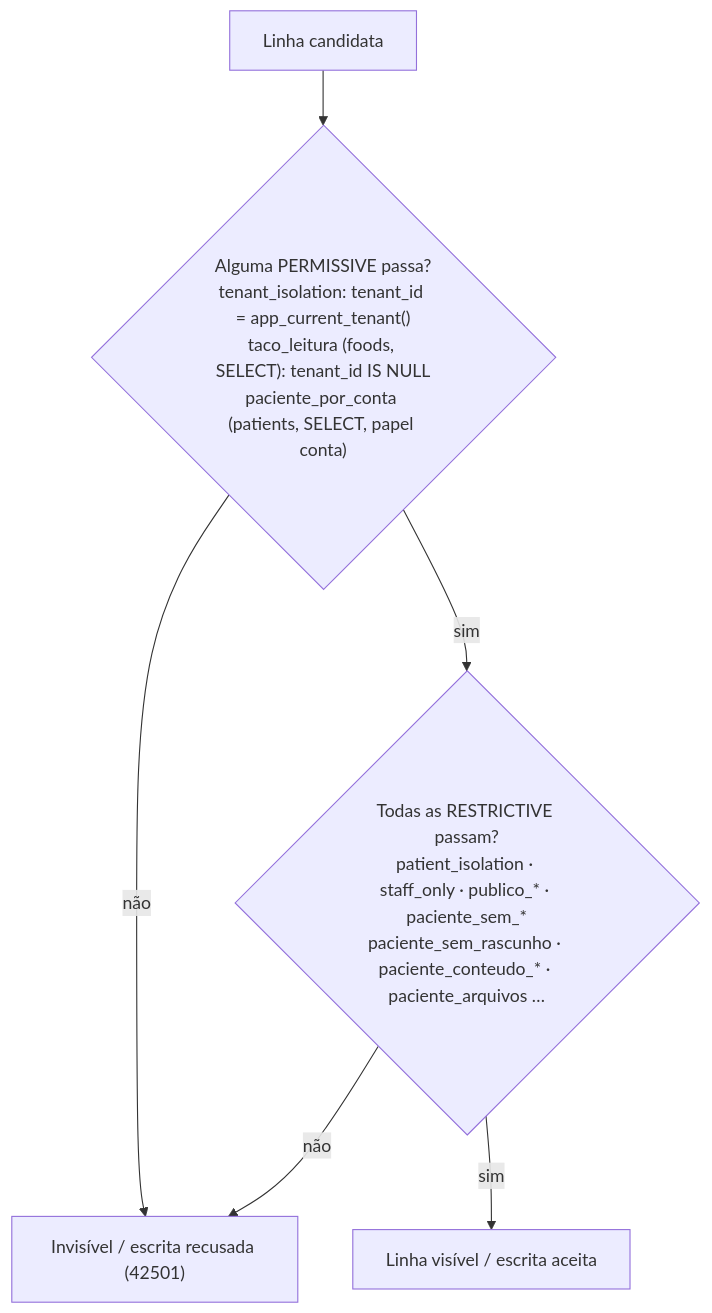
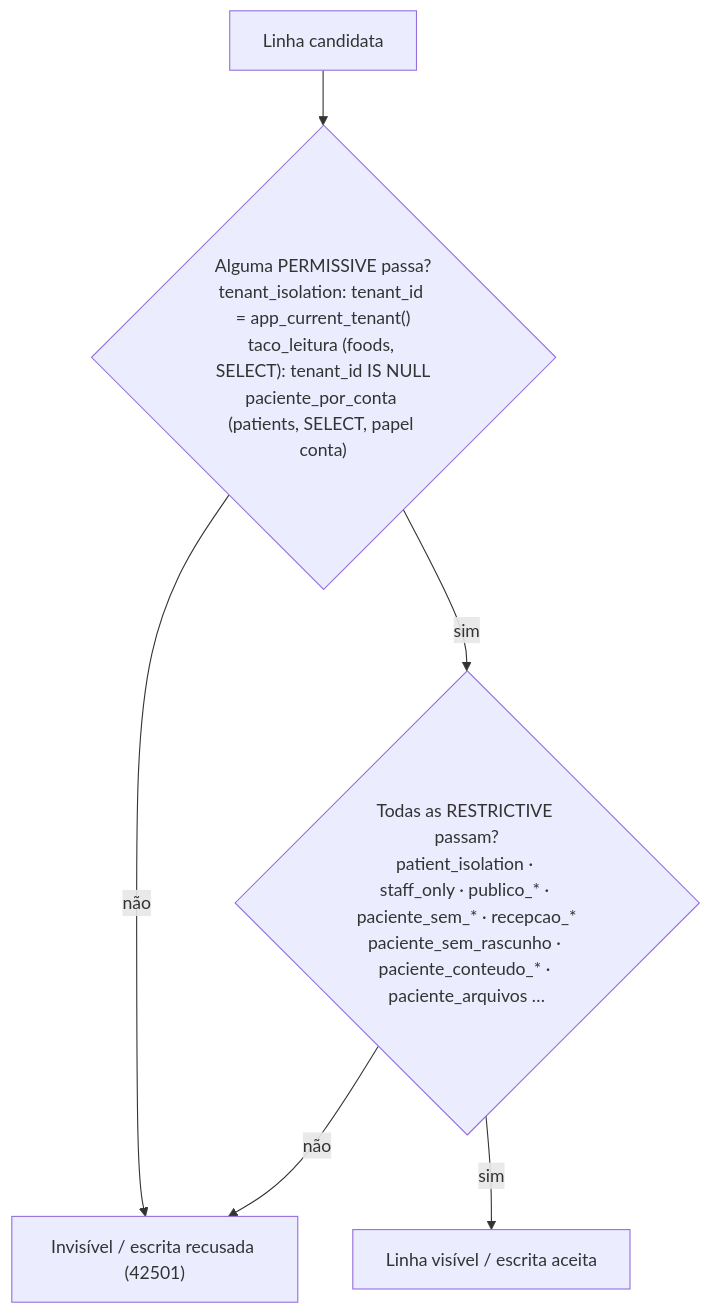
Before and after one commit to fabianojp06/nutridebby: the fourth of 6 diagrams in docs/manual-tecnico/02-banco-de-dados.md, drawn with Mermaid. The commit also changed other lines of this file and 12 other files, not shown here.

````diff
--- a/docs/manual-tecnico/02-banco-de-dados.md
+++ b/docs/manual-tecnico/02-banco-de-dados.md
@@ -562,8 +601,8 @@
 ```mermaid
 flowchart TD
   Q["Linha candidata"] --> P{"Alguma PERMISSIVE passa?<br/>tenant_isolation: tenant_id = app_current_tenant()<br/>taco_leitura (foods, SELECT): tenant_id IS NULL<br/>paciente_por_conta (patients, SELECT, papel conta)"}
   P -- não --> N["Invisível / escrita recusada (42501)"]
-  P -- sim --> R{"Todas as RESTRICTIVE passam?<br/>patient_isolation · staff_only · publico_* · paciente_sem_*<br/>paciente_sem_rascunho · paciente_conteudo_* · paciente_arquivos …"}
+  P -- sim --> R{"Todas as RESTRICTIVE passam?<br/>patient_isolation · staff_only · publico_* · paciente_sem_* · recepcao_*<br/>paciente_sem_rascunho · paciente_conteudo_* · paciente_arquivos …"}
   R -- não --> N
   R -- sim --> OK["Linha visível / escrita aceita"]
 ```
````
